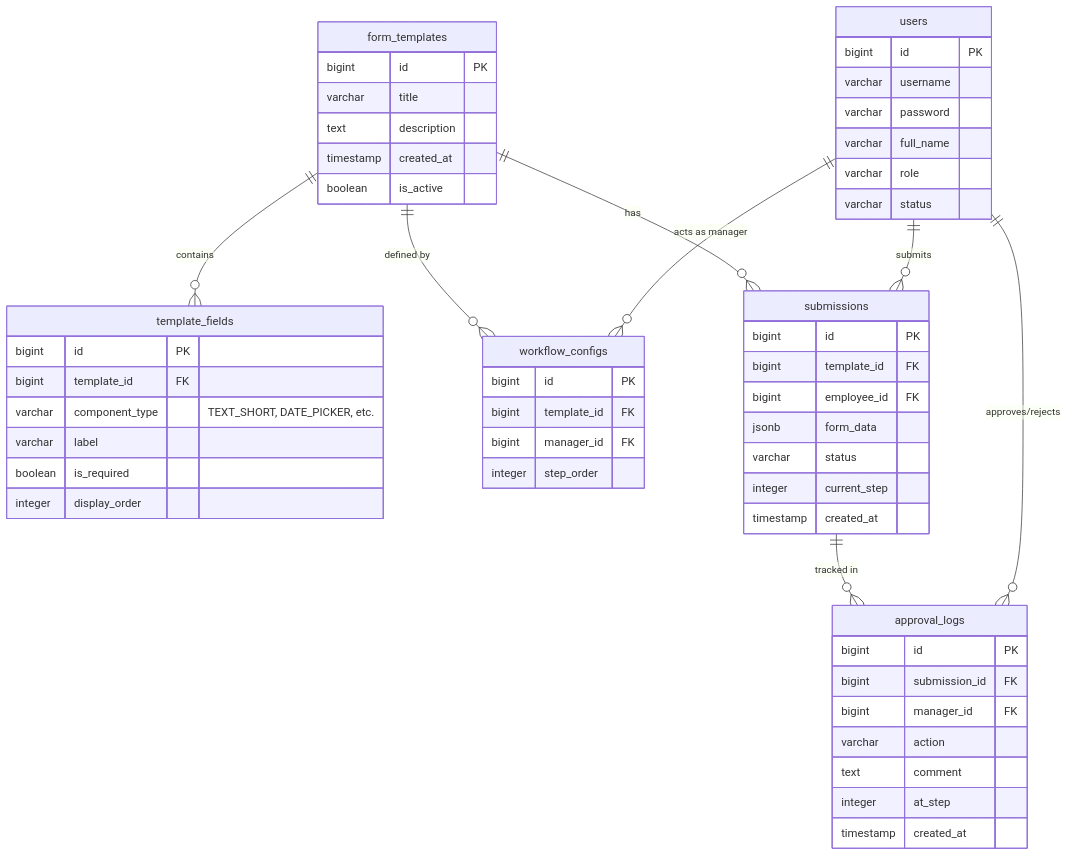
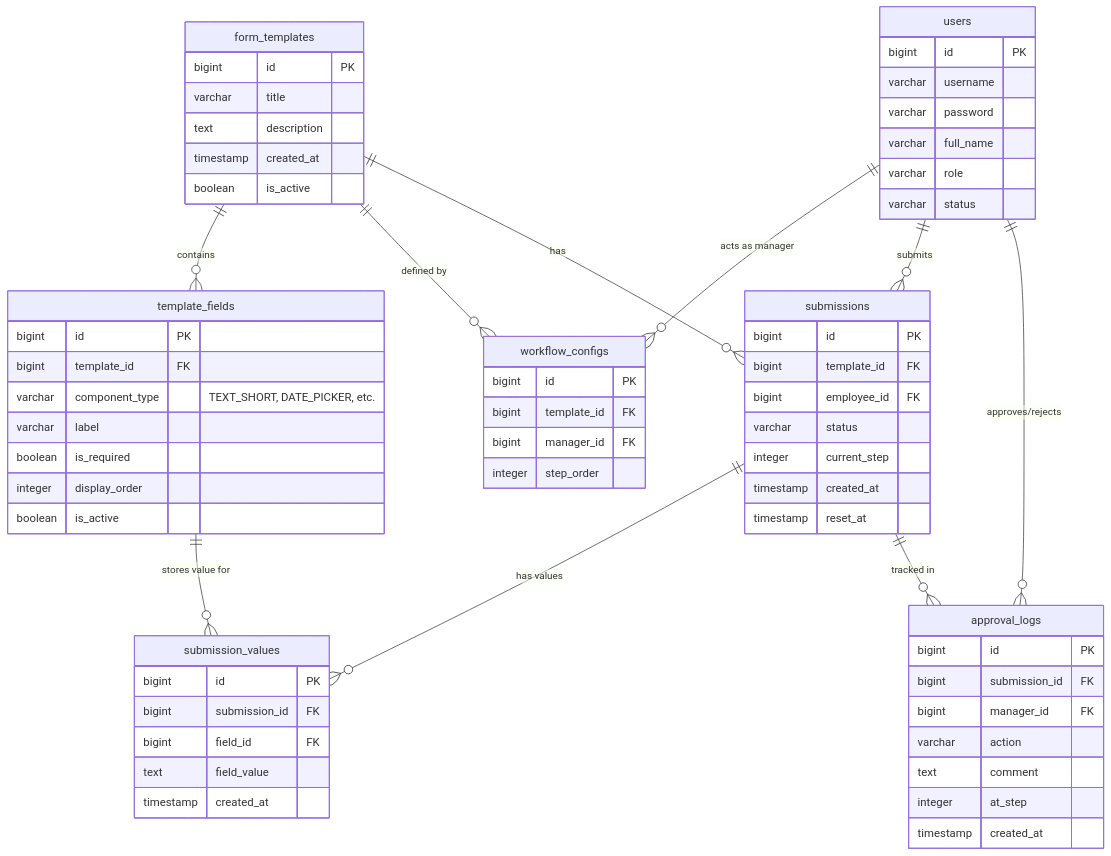
The diagram in docs/db_diagram.md (k-sbu1-copilot13/ESM), drawn with Mermaid before and after one commit. The commit also changed other lines of this file and 7 other files, not shown here.

````diff
--- a/docs/db_diagram.md
+++ b/docs/db_diagram.md
@@ -7,63 +5,74 @@
 ```mermaid
 erDiagram
     users {
         bigint id PK
         varchar username
         varchar password
         varchar full_name
         varchar role
         varchar status
     }
 
     form_templates {
         bigint id PK
         varchar title
         text description
         timestamp created_at
         boolean is_active
     }
 
     template_fields {
         bigint id PK
         bigint template_id FK
         varchar component_type "TEXT_SHORT, DATE_PICKER, etc."
         varchar label
         boolean is_required
         integer display_order
+        boolean is_active
     }
 
     workflow_configs {
         bigint id PK
         bigint template_id FK
         bigint manager_id FK
         integer step_order
     }
 
     submissions {
         bigint id PK
         bigint template_id FK
         bigint employee_id FK
-        jsonb form_data
         varchar status
         integer current_step
+        timestamp created_at
+        timestamp reset_at
+    }
+
+    submission_values {
+        bigint id PK
+        bigint submission_id FK
+        bigint field_id FK
+        text field_value
         timestamp created_at
     }
 
     approval_logs {
         bigint id PK
         bigint submission_id FK
         bigint manager_id FK
         varchar action
         text comment
         integer at_step
         timestamp created_at
     }
 
     form_templates ||--o{ template_fields : "contains"
     form_templates ||--o{ workflow_configs : "defined by"
     users ||--o{ workflow_configs : "acts as manager"
     form_templates ||--o{ submissions : "has"
     users ||--o{ submissions : "submits"
+    submissions ||--o{ submission_values : "has values"
+    template_fields ||--o{ submission_values : "stores value for"
     submissions ||--o{ approval_logs : "tracked in"
     users ||--o{ approval_logs : "approves/rejects"
 ```
````
